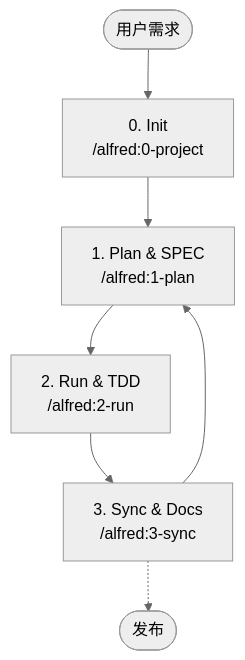
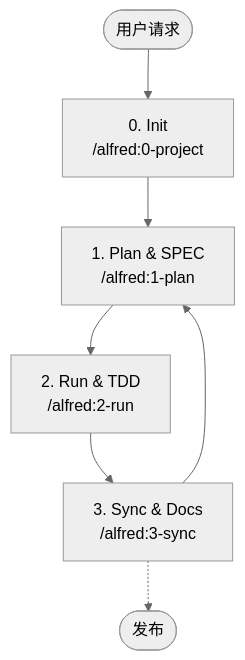
One commit to modu-ai/moai-adk changed the diagram in README.zh.md. Above: the diagram before and after it, drawn with Mermaid. The commit also changed other lines of this file and 10 other files, not shown here.

````diff
--- a/README.zh.md
+++ b/README.zh.md
@@ -126,10 +363,10 @@
 ```mermaid
 %%{init: {'theme':'neutral'}}%%
 graph TD
-    Start([用户需求]) --> Init[0. Init<br/>/alfred:0-project]
+    Start([用户请求]) --> Init[0. Init<br/>/alfred:0-project]
     Init --> Plan[1. Plan & SPEC<br/>/alfred:1-plan]
     Plan --> Run[2. Run & TDD<br/>/alfred:2-run]
     Run --> Sync[3. Sync & Docs<br/>/alfred:3-sync]
     Sync --> Plan
     Sync -.-> End([发布])
 ```
````
